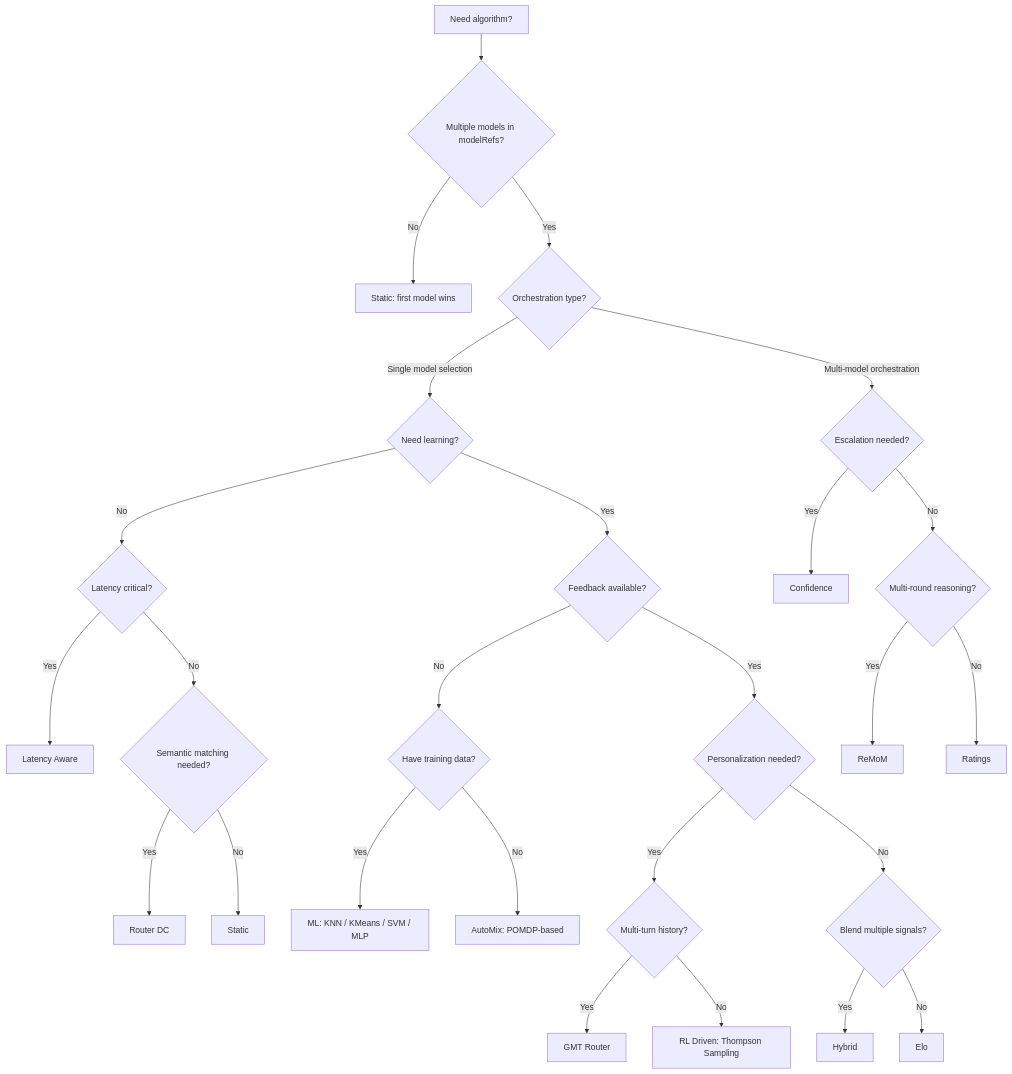
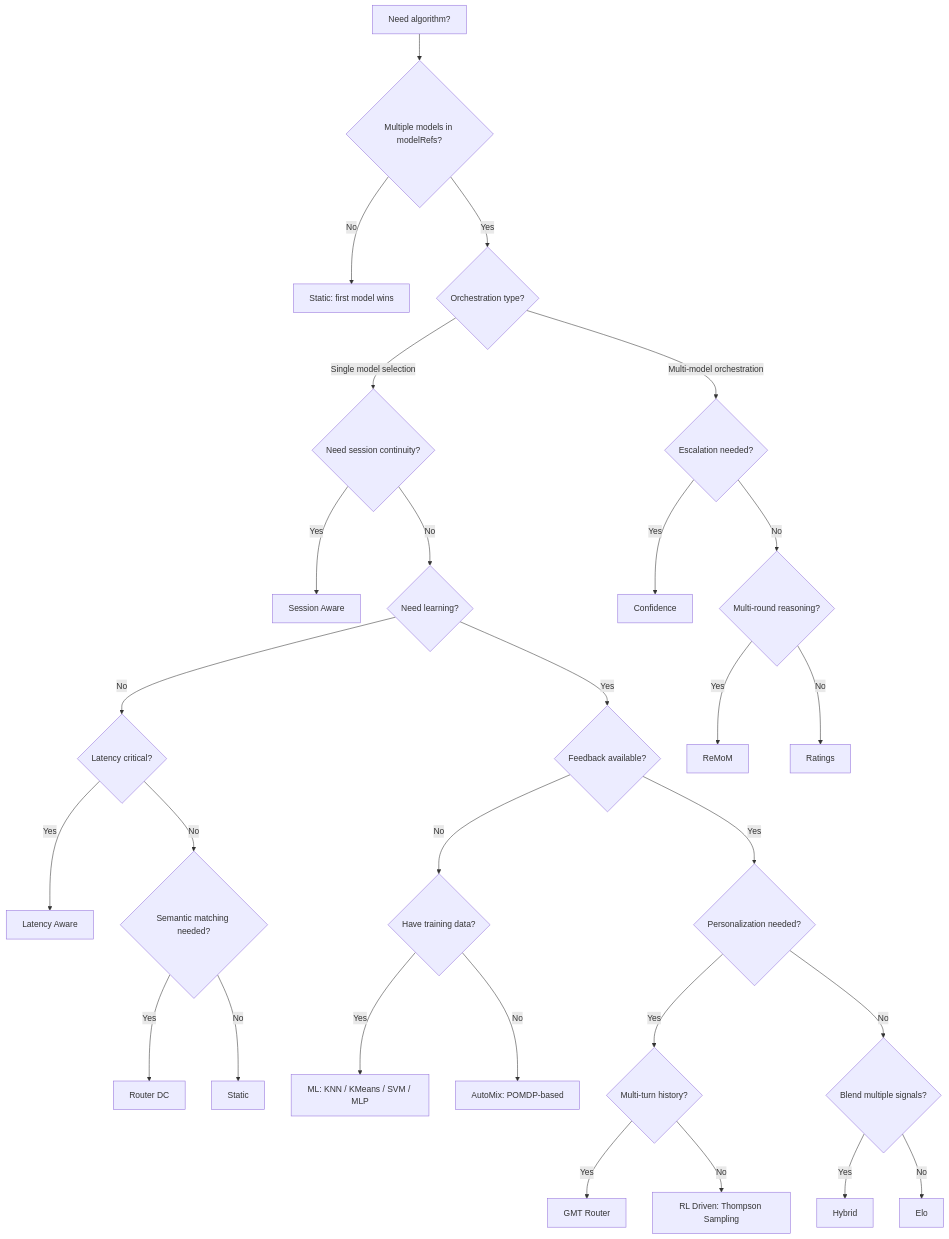
One commit to vllm-project/semantic-router changed the diagram in website/docs/tutorials/algorithm/overview.md. Above: the diagram before and after it, drawn with Mermaid. The commit also changed other lines of this file and 67 other files, not shown here.

Commit message:
feat: add session-aware agentic routing

````diff
--- a/website/docs/tutorials/algorithm/overview.md
+++ b/website/docs/tutorials/algorithm/overview.md
@@ -84,28 +85,30 @@
 ```mermaid
 flowchart TD
     Start[Need algorithm?] --> Q1{Multiple models in modelRefs?}
     Q1 -- No --> Static[Static: first model wins]
     Q1 -- Yes --> Q2{Orchestration type?}
-    Q2 -- Single model selection --> Q3{Need learning?}
+    Q2 -- Single model selection --> QS{Need session continuity?}
+    QS -- Yes --> SessionAware[Session Aware]
+    QS -- No --> Q3{Need learning?}
     Q3 -- No --> Q4{Latency critical?}
     Q4 -- Yes --> Latency[Latency Aware]
     Q4 -- No --> Q5{Semantic matching needed?}
     Q5 -- Yes --> RDC[Router DC]
     Q5 -- No --> Static2[Static]
     Q3 -- Yes --> Q6{Feedback available?}
     Q6 -- No --> Q7{Have training data?}
     Q7 -- Yes --> ML[ML: KNN / KMeans / SVM / MLP]
     Q7 -- No --> AutoMix[AutoMix: POMDP-based]
     Q6 -- Yes --> Q8{Personalization needed?}
     Q8 -- Yes --> Q9{Multi-turn history?}
     Q9 -- Yes --> GMT[GMT Router]
     Q9 -- No --> RL[RL Driven: Thompson Sampling]
     Q8 -- No --> Q10{Blend multiple signals?}
     Q10 -- Yes --> Hybrid[Hybrid]
     Q10 -- No --> Elo[Elo]
     Q2 -- Multi-model orchestration --> Q11{Escalation needed?}
     Q11 -- Yes --> Confidence[Confidence]
     Q11 -- No --> Q12{Multi-round reasoning?}
     Q12 -- Yes --> ReMoM[ReMoM]
     Q12 -- No --> Ratings[Ratings]
 ```
````
